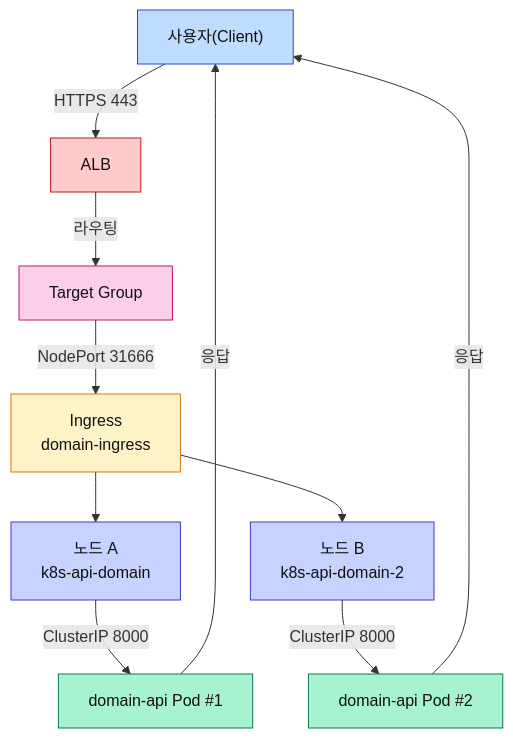
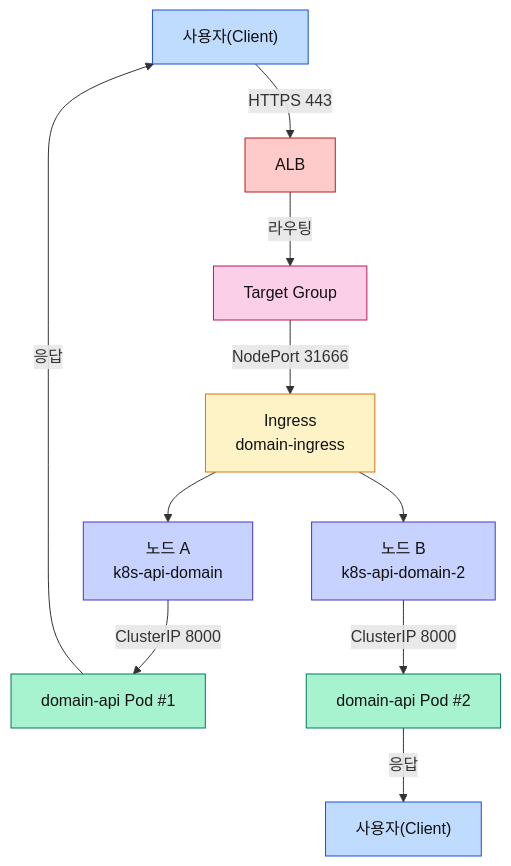
Before and after one commit to eco2-team/backend: the second of 2 diagrams in docs/networking/alb-controller-flow.md, drawn with Mermaid.

Commit message:
docs(networking): center data-plane response layout

````diff
--- a/docs/networking/alb-controller-flow.md
+++ b/docs/networking/alb-controller-flow.md
@@ -31,22 +31,23 @@
 ```mermaid
 graph TD
-    Client["사용자(Client)"]:::client
-    Client -->|HTTPS 443| ALBData["ALB"]:::alb
+    ClientLeft["사용자(Client)"]:::client
+    ClientRight["사용자(Client)"]:::client
+
+    ClientLeft -->|HTTPS 443| ALBData["ALB"]:::alb
     ALBData -->|라우팅| TGData["Target Group"]:::tg
     TGData -->|NodePort 31666| IngressData["Ingress<br/>domain-ingress"]:::ing
 
     IngressData --> Node1["노드 A<br/>k8s-api-domain"]:::node
     Node1 -->|ClusterIP 8000| Pod1["domain-api Pod #1"]:::pod
-    Pod1 -->|응답| Client
+    Pod1 -->|응답| ClientLeft
 
     IngressData --> Node2["노드 B<br/>k8s-api-domain-2"]:::node
     Node2 -->|ClusterIP 8000| Pod2["domain-api Pod #2"]:::pod
-    Pod2 -->|응답| Client
-
+    Pod2 -->|응답| ClientRight
     classDef client fill:#BFDBFE,stroke:#1D4ED8,color:#111;
     classDef alb fill:#FECACA,stroke:#B91C1C,color:#111;
     classDef tg fill:#FBCFE8,stroke:#BE185D,color:#111;
     classDef ing fill:#FEF3C7,stroke:#D97706,color:#111;
     classDef node fill:#C7D2FE,stroke:#4338CA,color:#111;
     classDef pod fill:#A7F3D0,stroke:#047857,color:#111;
 ```
````
